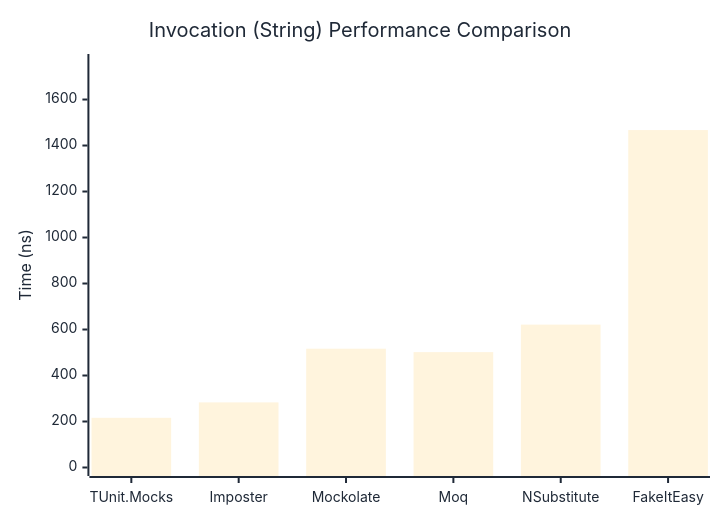
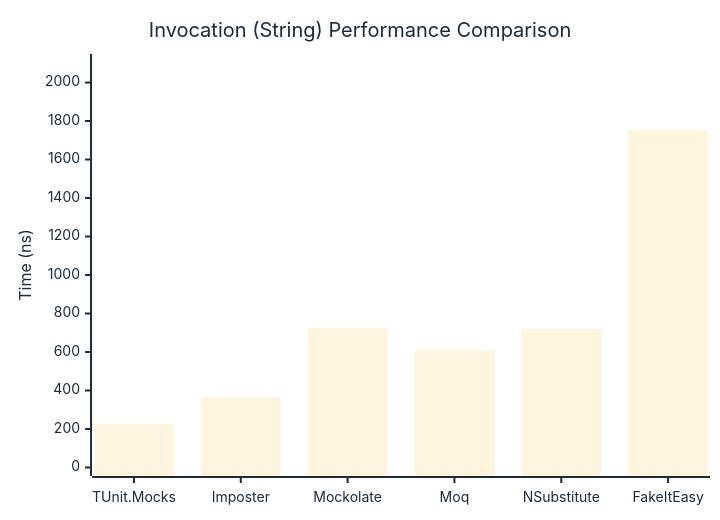
The second of 3 diagrams in docs/docs/benchmarks/mocks/Invocation.md (thomhurst/TUnit), drawn with Mermaid before and after one commit. The commit also changed other lines of this file and 14 other files, not shown here.

````diff
--- a/docs/docs/benchmarks/mocks/Invocation.md
+++ b/docs/docs/benchmarks/mocks/Invocation.md
@@ -69,27 +69,27 @@
 ```mermaid
 %%{init: {
   'theme':'base',
   'themeVariables': {
     'primaryColor': '#2563eb',
     'primaryTextColor': '#1f2937',
     'primaryBorderColor': '#1e40af',
     'lineColor': '#6b7280',
     'secondaryColor': '#7c3aed',
     'tertiaryColor': '#dc2626',
     'background': '#ffffff',
     'pie1': '#2563eb',
     'pie2': '#7c3aed',
     'pie3': '#dc2626',
     'pie4': '#f59e0b',
     'pie5': '#10b981',
     'pie6': '#06b6d4',
     'pie7': '#ec4899',
     'pie8': '#6366f1'
   }
 }}%%
 xychart-beta
   title "Invocation (String) Performance Comparison"
   x-axis ["TUnit.Mocks", "Imposter", "Mockolate", "Moq", "NSubstitute", "FakeItEasy"]
-  y-axis "Time (ns)" 0 --> 1761
-  bar [216, 283.1, 516.6, 501.6, 621.3, 1467.2]
+  y-axis "Time (ns)" 0 --> 2104
+  bar [227.7, 364, 722.7, 608.3, 720.7, 1753.1]
 ```
````
